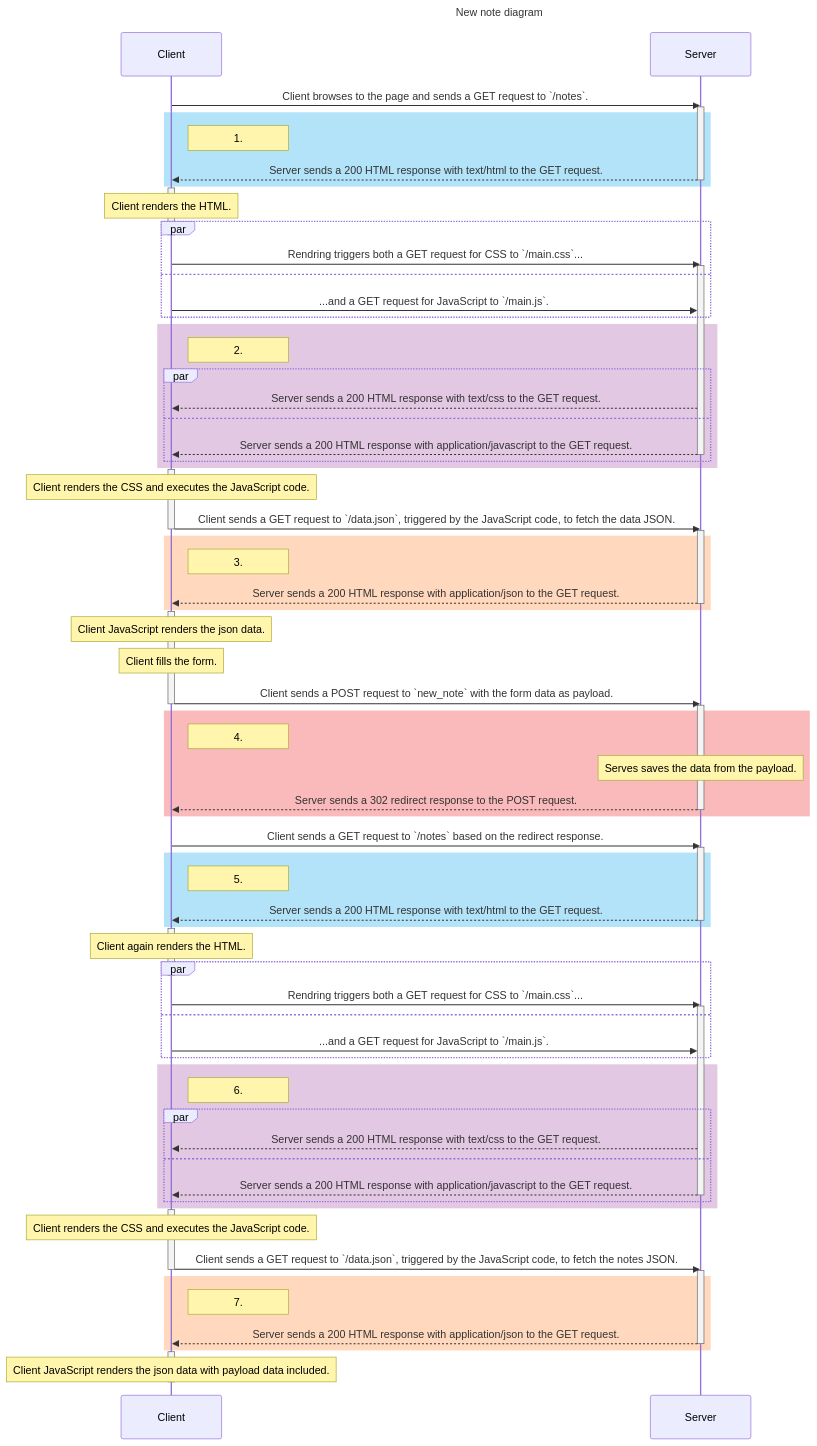
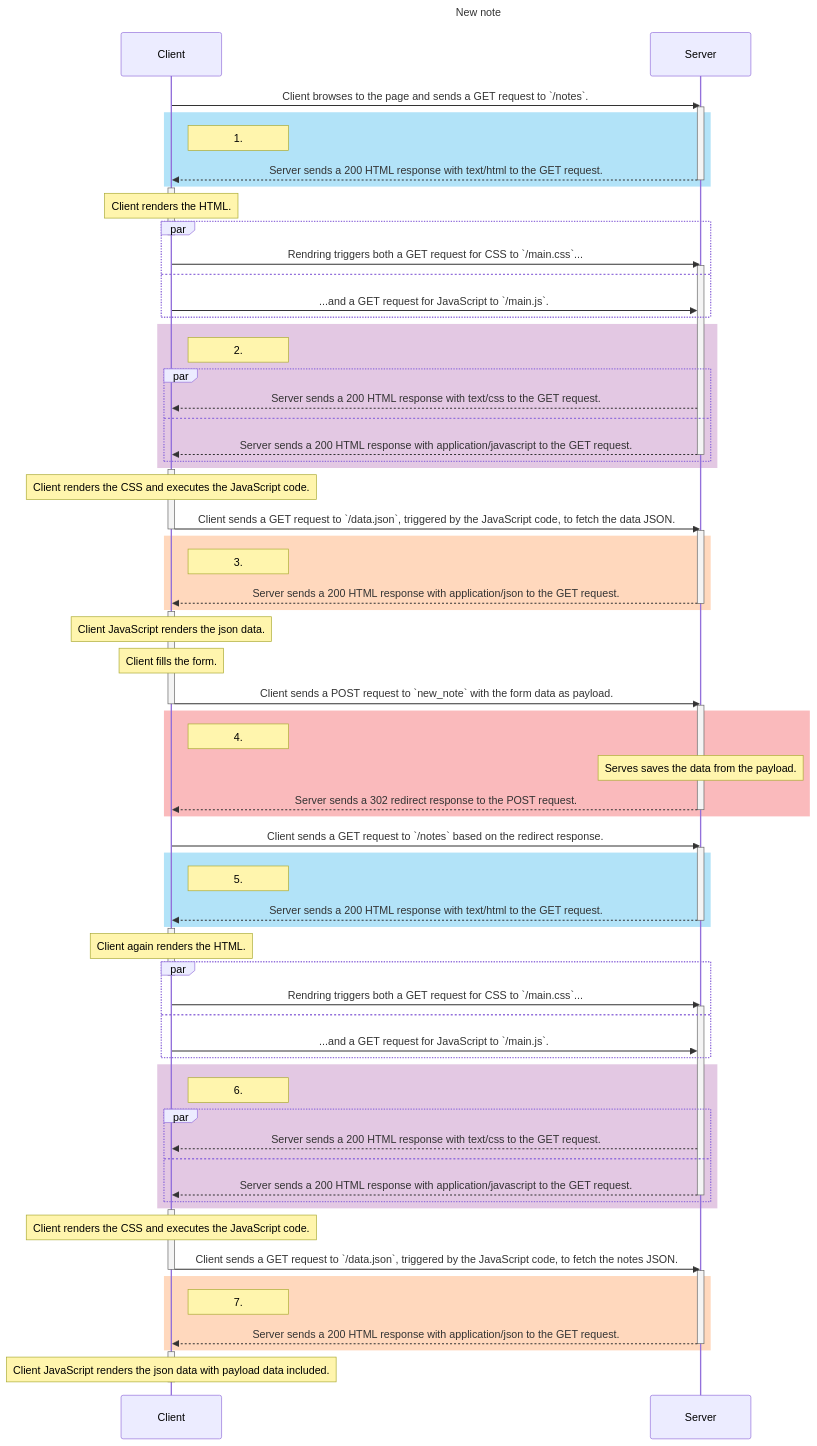
Before and after one commit to degenone/FSO-part0: the diagram in new_note_diagram.md, drawn with Mermaid. The commit also changed 2 other files, not shown here.

Commit message:
done 0.6 and updated titles on all

````diff
--- a/new_note_diagram.md
+++ b/new_note_diagram.md
@@ -9,6 +9,6 @@
 ```mermaid
 ---
-title: New note diagram
+title: New note
 ---
 sequenceDiagram
     participant Client
````
